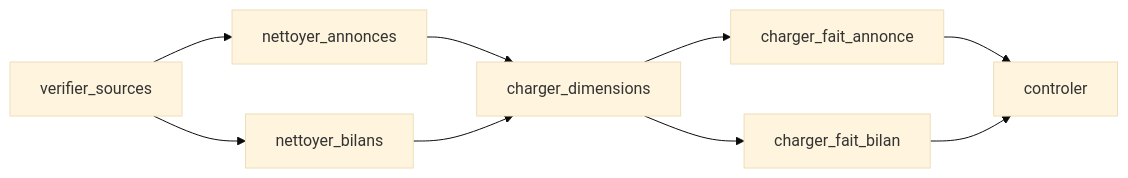
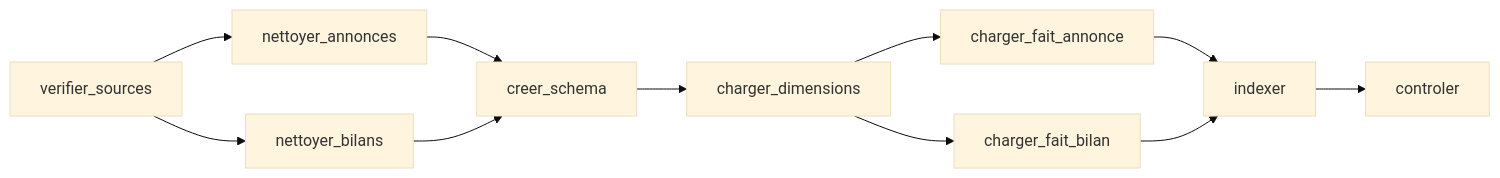
One commit to benoit73/Processus-decisionnel-et-modeles-de-donnees changed the second of 5 diagrams in exercice-3/README.md. Above: the diagram before and after it, drawn with Mermaid (base theme). The commit also changed other lines of this file and 12 other files, not shown here.

````diff
--- a/exercice-3/README.md
+++ b/exercice-3/README.md
@@ -68,7 +68,7 @@
 ```mermaid
 flowchart LR
     V[verifier_sources] --> NA[nettoyer_annonces] & NB[nettoyer_bilans]
-    NA & NB --> CD[charger_dimensions]
+    NA & NB --> CS[creer_schema] --> CD[charger_dimensions]
     CD --> FA[charger_fait_annonce] & FB[charger_fait_bilan]
-    FA & FB --> CT[controler]
+    FA & FB --> IX[indexer] --> CT[controler]
 ```
````
